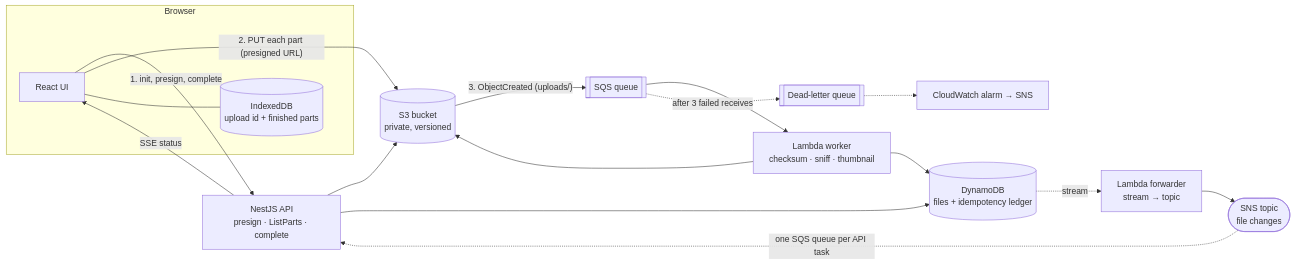
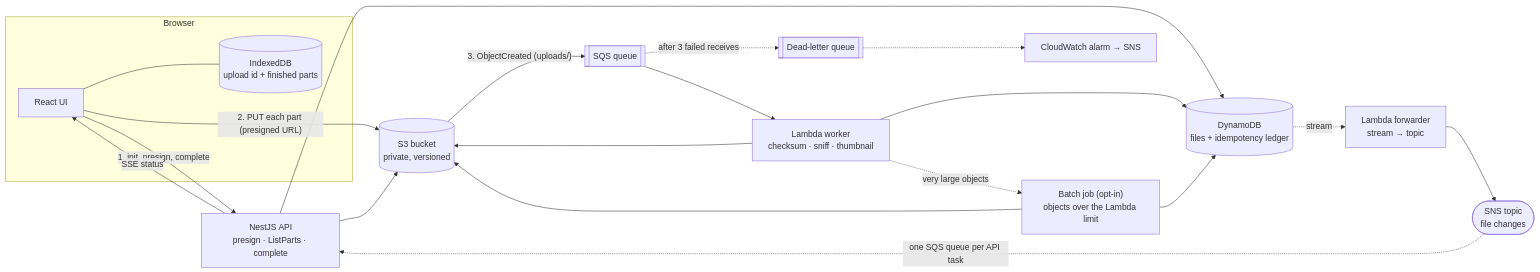
One commit to kevinmakwana/s3-upload-pipeline changed the first of 2 diagrams in README.md. Above: the diagram before and after it, drawn with Mermaid. The commit also changed other lines of this file and 22 other files, not shown here.

````diff
--- a/README.md
+++ b/README.md
@@ -26,29 +26,32 @@
 ```mermaid
 flowchart LR
   subgraph Browser
     UI["React UI"]
     IDB[("IndexedDB<br/>upload id + finished parts")]
   end
   API["NestJS API<br/>presign · ListParts · complete"]
   S3[("S3 bucket<br/>private, versioned")]
   SQS[["SQS queue"]]
   DLQ[["Dead-letter queue"]]
   L["Lambda worker<br/>checksum · sniff · thumbnail"]
+  BJ["Batch job (opt-in)<br/>objects over the Lambda limit"]
   DDB[("DynamoDB<br/>files + idempotency ledger")]
   FWD["Lambda forwarder<br/>stream → topic"]
   TOPIC(["SNS topic<br/>file changes"])
   ALARM["CloudWatch alarm → SNS"]
 
   UI -- "1. init, presign, complete" --> API
   UI -- "2. PUT each part (presigned URL)" --> S3
   API -- "SSE status" --> UI
   UI --- IDB
   API --> S3
   API --> DDB
   S3 -- "3. ObjectCreated (uploads/)" --> SQS
   SQS --> L
   SQS -. "after 3 failed receives" .-> DLQ -.-> ALARM
   L --> S3
   L --> DDB
+  L -. "very large objects" .-> BJ --> S3
+  BJ --> DDB
   DDB -. "stream" .-> FWD --> TOPIC -. "one SQS queue per API task" .-> API
 ```
````
